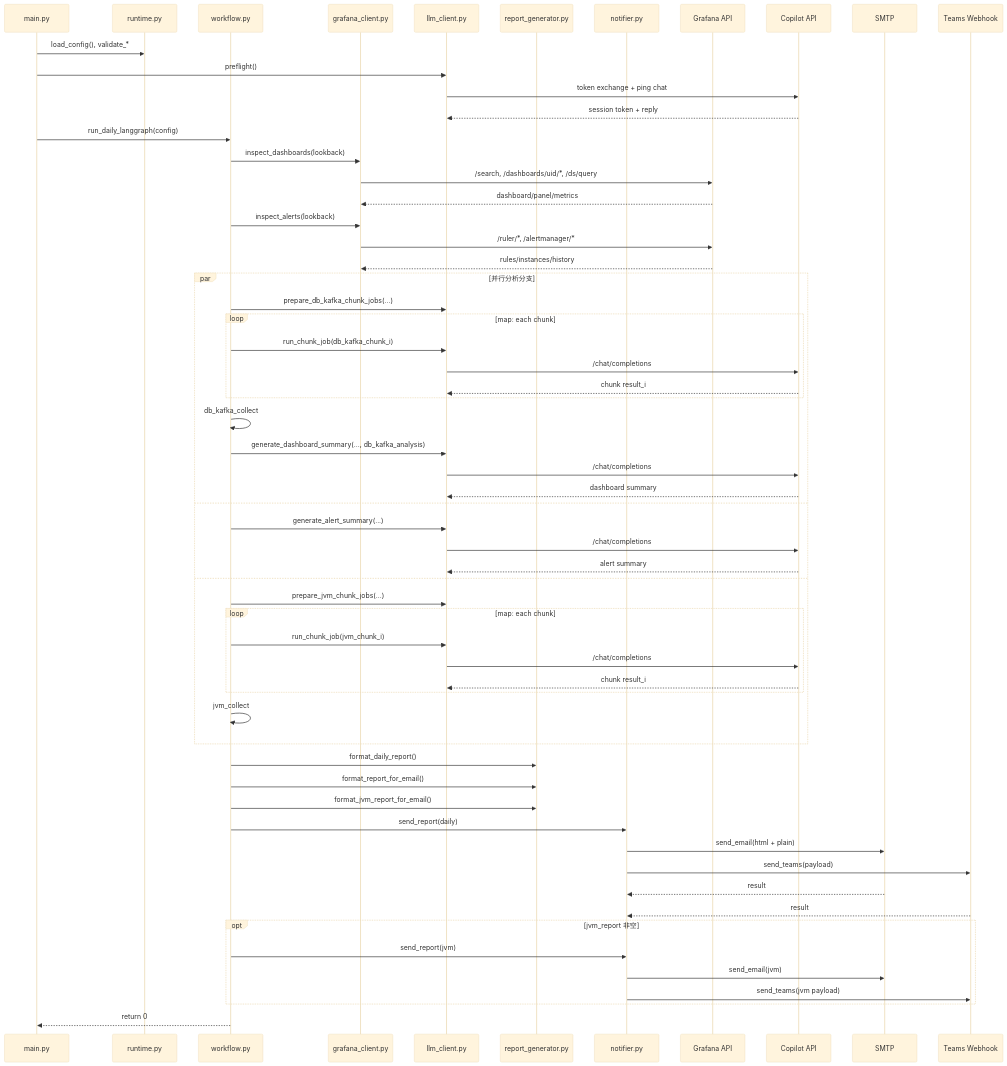
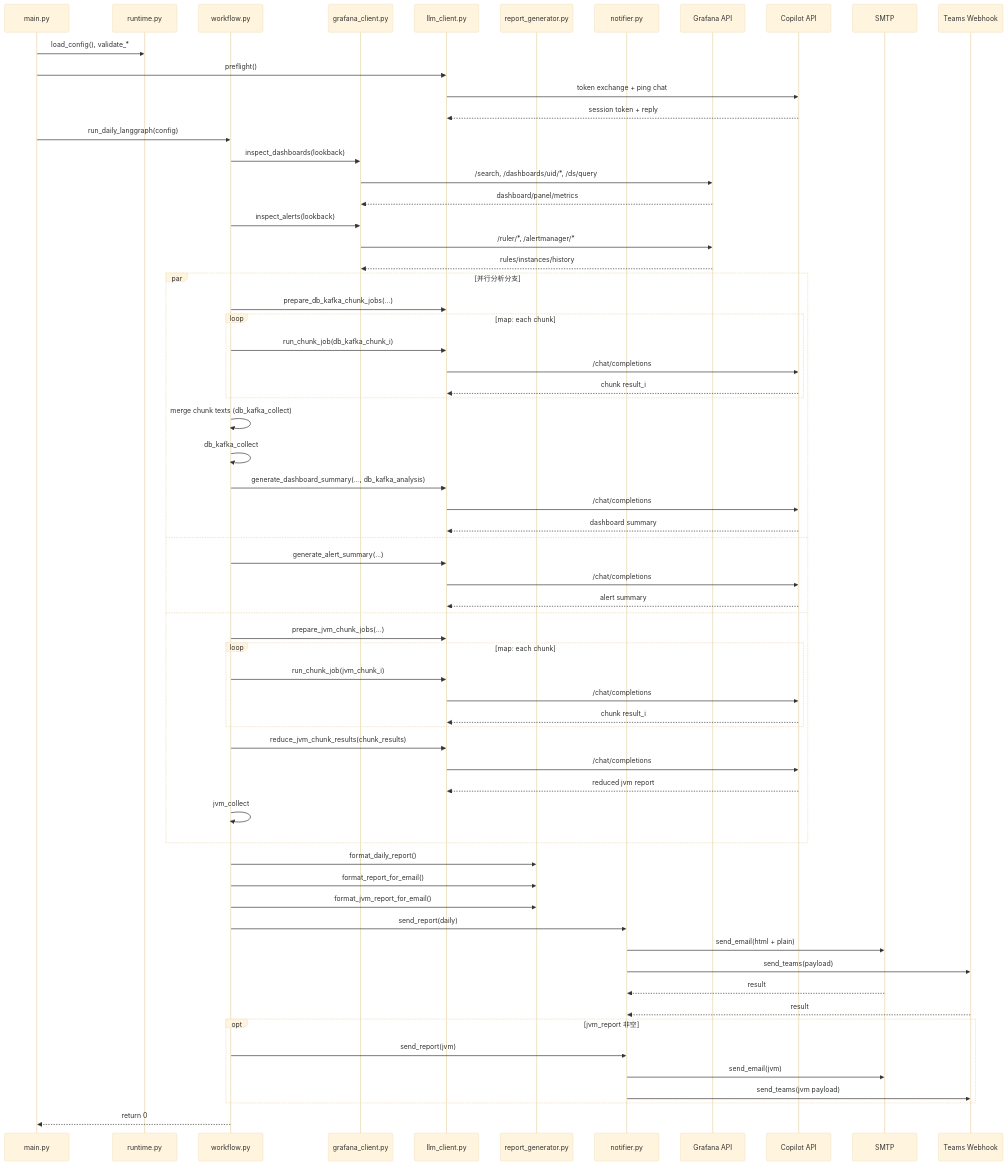
One commit to gengjie/grafana-inspection-agent changed the third of 4 diagrams in ARCHITECTURE.zh-CN.md. Above: the diagram before and after it, drawn with Mermaid (base theme). The commit also changed other lines of this file and 4 other files, not shown here.

Commit message:
llm merge for jvm report

````diff
--- a/ARCHITECTURE.zh-CN.md
+++ b/ARCHITECTURE.zh-CN.md
@@ -136,70 +138,74 @@
 ```mermaid
 sequenceDiagram
     participant CLI as main.py
     participant RT as runtime.py
     participant WF as workflow.py
     participant G as grafana_client.py
     participant LLM as llm_client.py
     participant RG as report_generator.py
     participant N as notifier.py
     participant ExtG as Grafana API
     participant ExtC as Copilot API
     participant SMTP as SMTP
     participant Teams as Teams Webhook
 
     CLI->>RT: load_config(), validate_*
     CLI->>LLM: preflight()
     LLM->>ExtC: token exchange + ping chat
     ExtC-->>LLM: session token + reply
 
     CLI->>WF: run_daily_langgraph(config)
     WF->>G: inspect_dashboards(lookback)
     G->>ExtG: /search, /dashboards/uid/*, /ds/query
     ExtG-->>G: dashboard/panel/metrics
     WF->>G: inspect_alerts(lookback)
     G->>ExtG: /ruler/*, /alertmanager/*
     ExtG-->>G: rules/instances/history
 
     par 并行分析分支
       WF->>LLM: prepare_db_kafka_chunk_jobs(...)
       loop map: each chunk
         WF->>LLM: run_chunk_job(db_kafka_chunk_i)
         LLM->>ExtC: /chat/completions
         ExtC-->>LLM: chunk result_i
       end
+      WF->>WF: merge chunk texts (db_kafka_collect)
       WF->>WF: db_kafka_collect
       WF->>LLM: generate_dashboard_summary(..., db_kafka_analysis)
       LLM->>ExtC: /chat/completions
       ExtC-->>LLM: dashboard summary
     and
       WF->>LLM: generate_alert_summary(...)
       LLM->>ExtC: /chat/completions
       ExtC-->>LLM: alert summary
     and
       WF->>LLM: prepare_jvm_chunk_jobs(...)
       loop map: each chunk
         WF->>LLM: run_chunk_job(jvm_chunk_i)
         LLM->>ExtC: /chat/completions
         ExtC-->>LLM: chunk result_i
       end
+      WF->>LLM: reduce_jvm_chunk_results(chunk_results)
+      LLM->>ExtC: /chat/completions
+      ExtC-->>LLM: reduced jvm report
       WF->>WF: jvm_collect
     end
 
     WF->>RG: format_daily_report()
     WF->>RG: format_report_for_email()
     WF->>RG: format_jvm_report_for_email()
 
     WF->>N: send_report(daily)
     N->>SMTP: send_email(html + plain)
     N->>Teams: send_teams(payload)
     SMTP-->>N: result
     Teams-->>N: result
 
     opt jvm_report 非空
         WF->>N: send_report(jvm)
         N->>SMTP: send_email(jvm)
         N->>Teams: send_teams(jvm payload)
     end
 
     WF-->>CLI: return 0
 ```
````
